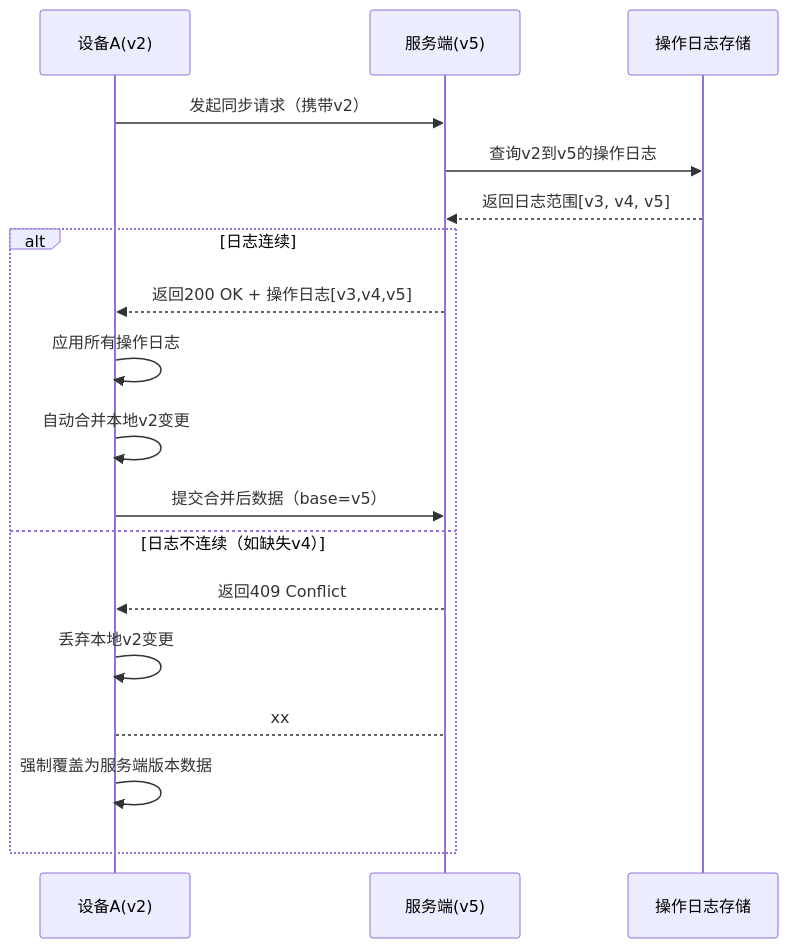
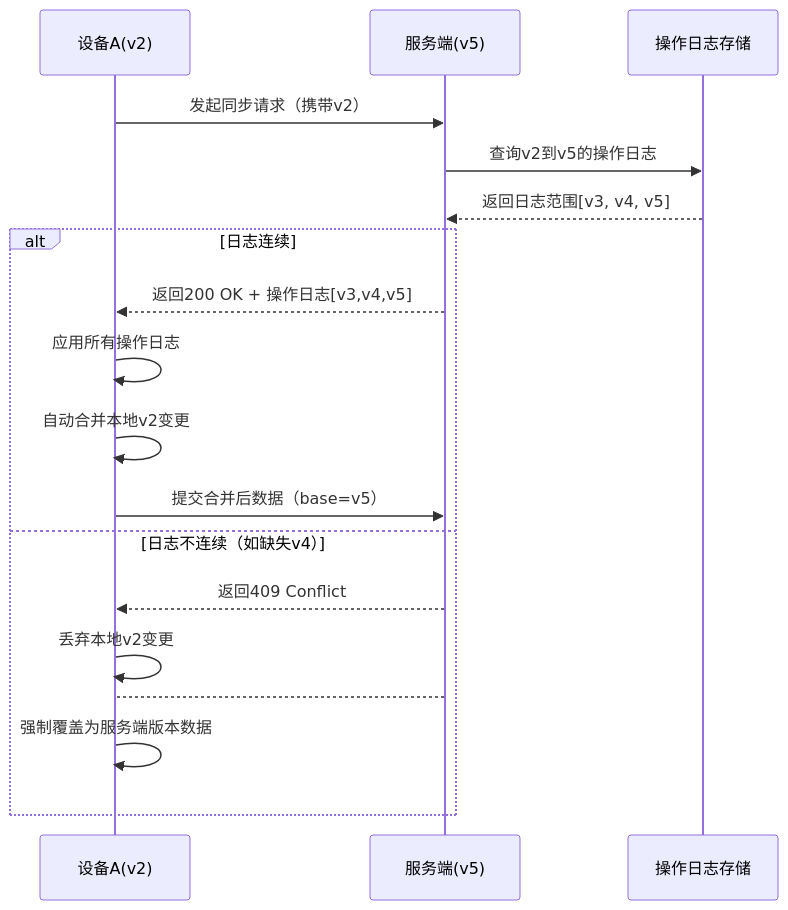
One commit to yingjianzh/iodraw-files changed the diagram in all/未命名-24.md. Above: the diagram before and after it, drawn with Mermaid.

Commit message:
2025-02-24 11:05:14 update

````diff
--- a/all/未命名-24.md
+++ b/all/未命名-24.md
@@ -1,24 +1,24 @@
 ```mermaid
 
 sequenceDiagram
     participant A as 设备A(v2)
     participant S as 服务端(v5)
     participant DB as 操作日志存储
 
 
     A->>S: 发起同步请求（携带v2）
     S->>DB: 查询v2到v5的操作日志
     DB-->>S: 返回日志范围[v3, v4, v5]
     
     alt 日志连续
         S-->>A: 返回200 OK + 操作日志[v3,v4,v5]
         A->>A: 应用所有操作日志
         A->>A: 自动合并本地v2变更
         A->>S: 提交合并后数据（base=v5）
     else 日志不连续（如缺失v4）
         S-->>A: 返回409 Conflict
         A->>A: 丢弃本地v2变更
-        A-->S:xx
+        S-->A:  
         A->>A: 强制覆盖为服务端版本数据
     end
 ```
````
